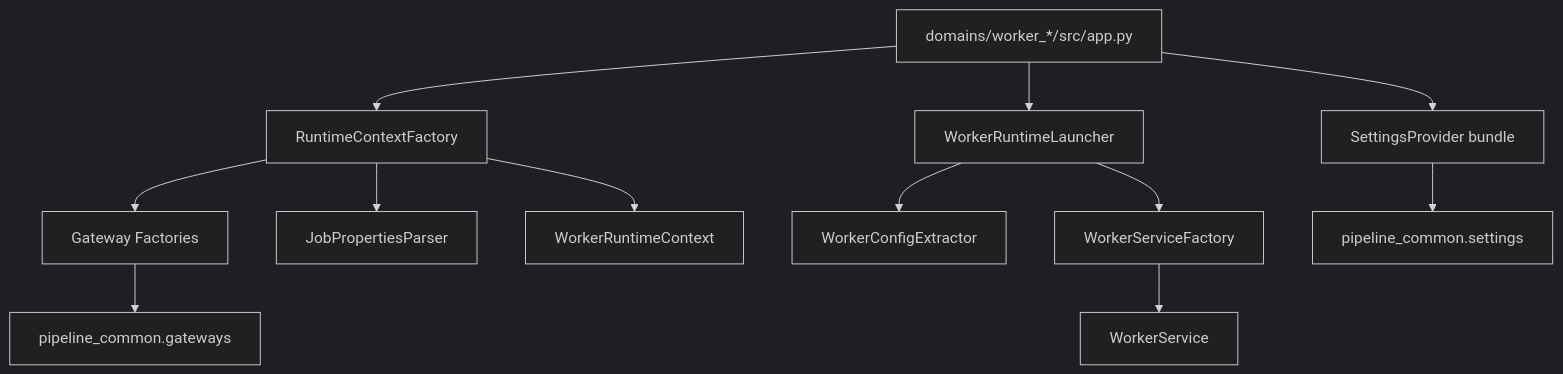
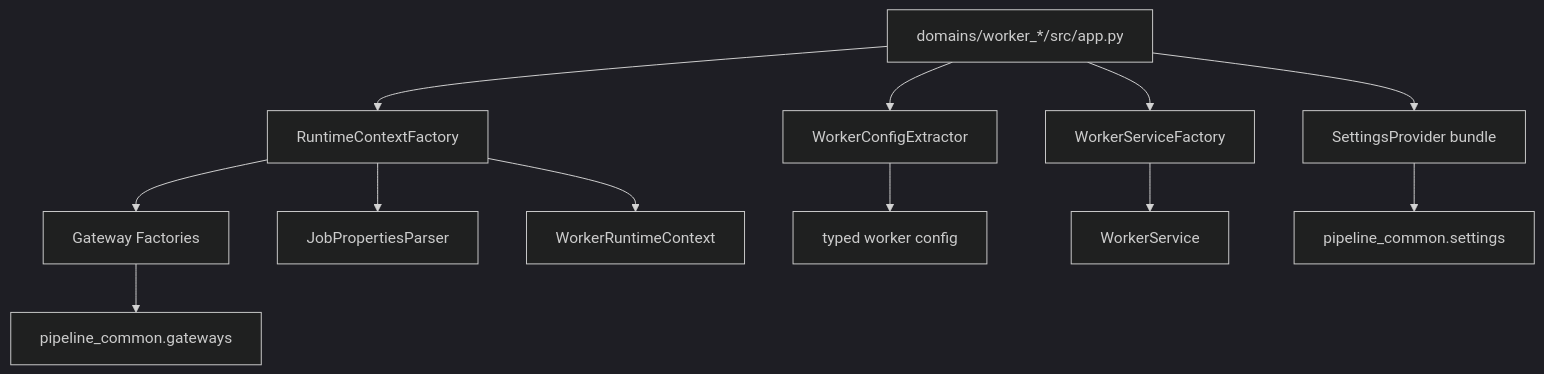
The first of 2 diagrams in libs/pipeline-common/src/pipeline_common/startup/docs/ARCHITECTURE.md (ElwesHonorato/governed-rag-foundation), drawn with Mermaid (dark theme) before and after one commit. The commit also changed other lines of this file and 179 other files, not shown here.

First line of the commit message:
Refactor/worker runtime alignment (#9)

````diff
--- a/libs/pipeline-common/src/pipeline_common/startup/docs/ARCHITECTURE.md
+++ b/libs/pipeline-common/src/pipeline_common/startup/docs/ARCHITECTURE.md
@@ -90,17 +84,17 @@
 ```mermaid
 graph TD
     A[domains/worker_*/src/app.py] --> B[SettingsProvider bundle]
     A --> C[RuntimeContextFactory]
-    A --> D[WorkerRuntimeLauncher]
+    A --> D[WorkerConfigExtractor]
+    A --> E[WorkerServiceFactory]
 
-    C --> E[Gateway Factories]
-    C --> F[JobPropertiesParser]
-    C --> G[WorkerRuntimeContext]
+    C --> F[Gateway Factories]
+    C --> G[JobPropertiesParser]
+    C --> H[WorkerRuntimeContext]
 
-    D --> H[WorkerConfigExtractor]
-    D --> I[WorkerServiceFactory]
-    I --> J[WorkerService]
+    D --> I[typed worker config]
+    E --> J[WorkerService]
 
-    E --> K[pipeline_common.gateways]
+    F --> K[pipeline_common.gateways]
     B --> L[pipeline_common.settings]
 ```
````
